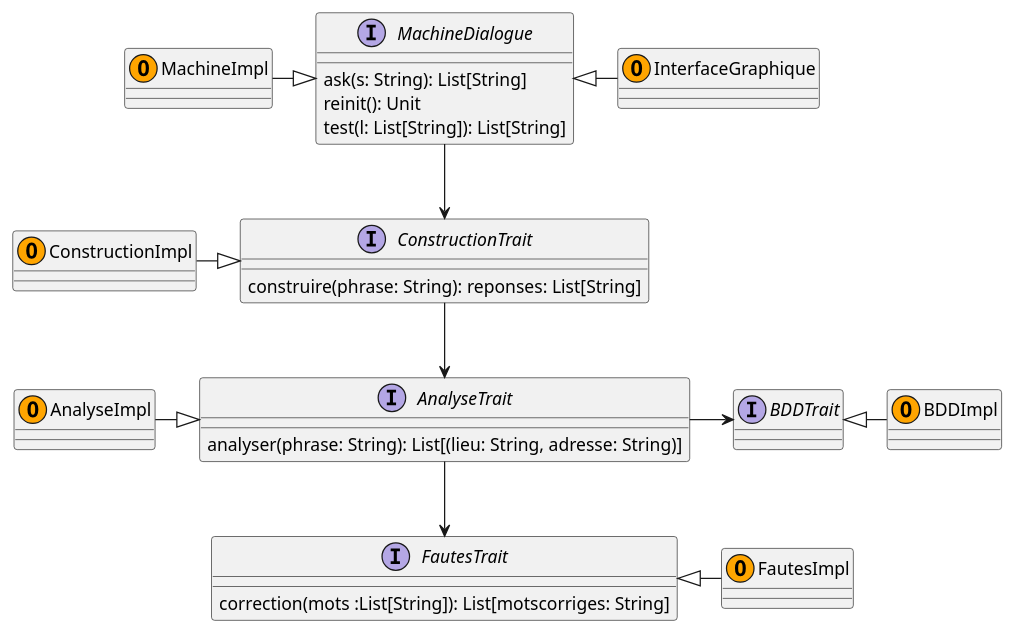
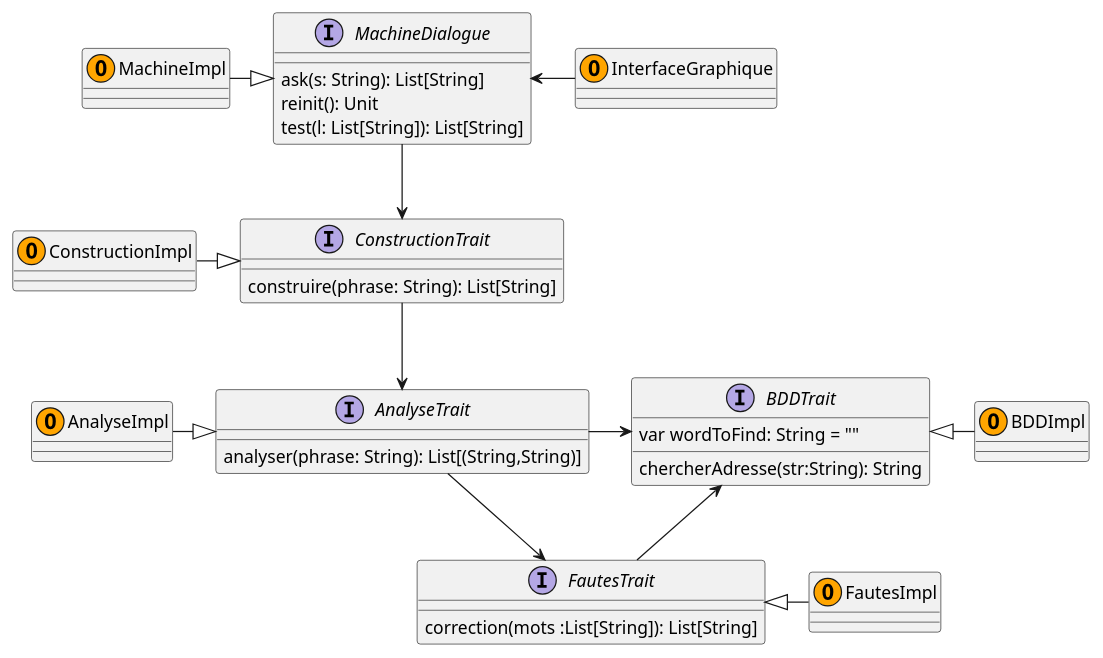
One commit to mathisglt/AvatarBacchus changed the diagram in src/main/scala/diagramme/diag_imp.plantuml. Above: the diagram before and after it, drawn with PlantUML.

Commit message:
maj diagramme

```diff
--- a/src/main/scala/diagramme/diag_imp.plantuml
+++ b/src/main/scala/diagramme/diag_imp.plantuml
@@ -1,49 +1,51 @@
 @startuml Avatar
 
 interface BDDTrait{
-	
+	var wordToFind: String = "" 
+	chercherAdresse(str:String): String
 }
 
 interface MachineDialogue {
 	ask(s: String): List[String]
 	reinit(): Unit
 	test(l: List[String]): List[String]
 }
 
 interface ConstructionTrait{
-	construire(phrase: String): reponses: List[String]
+	construire(phrase: String): List[String]
 }
 	
 interface InterfaceGraphique{
 	
 }
 
 interface FautesTrait{
-	correction(mots :List[String]): List[motscorriges: String]
+	correction(mots :List[String]): List[String]
 }
 
 interface AnalyseTrait{
-	analyser(phrase: String): List[(lieu: String, adresse: String)]
+	analyser(phrase: String): List[(String,String)]
 }
 
 
 class MachineImpl <<(O,Orange)>>
 class InterfaceGraphique <<(O,Orange)>>
 class ConstructionImpl <<(O,Orange)>>
 class AnalyseImpl <<(O,Orange)>>
 class BDDImpl <<(O,Orange)>>
 class FautesImpl <<(O,Orange)>>
 
 MachineImpl -|> MachineDialogue
-MachineDialogue <|- InterfaceGraphique
 BDDTrait <|-  BDDImpl 
 ConstructionImpl -|>  ConstructionTrait
 AnalyseImpl -|>  AnalyseTrait 
 FautesTrait <|-  FautesImpl 
 
 MachineDialogue --> ConstructionTrait
+MachineDialogue <- InterfaceGraphique
 ConstructionTrait --> AnalyseTrait
 AnalyseTrait -> BDDTrait
 AnalyseTrait --> FautesTrait
+BDDTrait <-  FautesTrait
 
 @enduml
```
